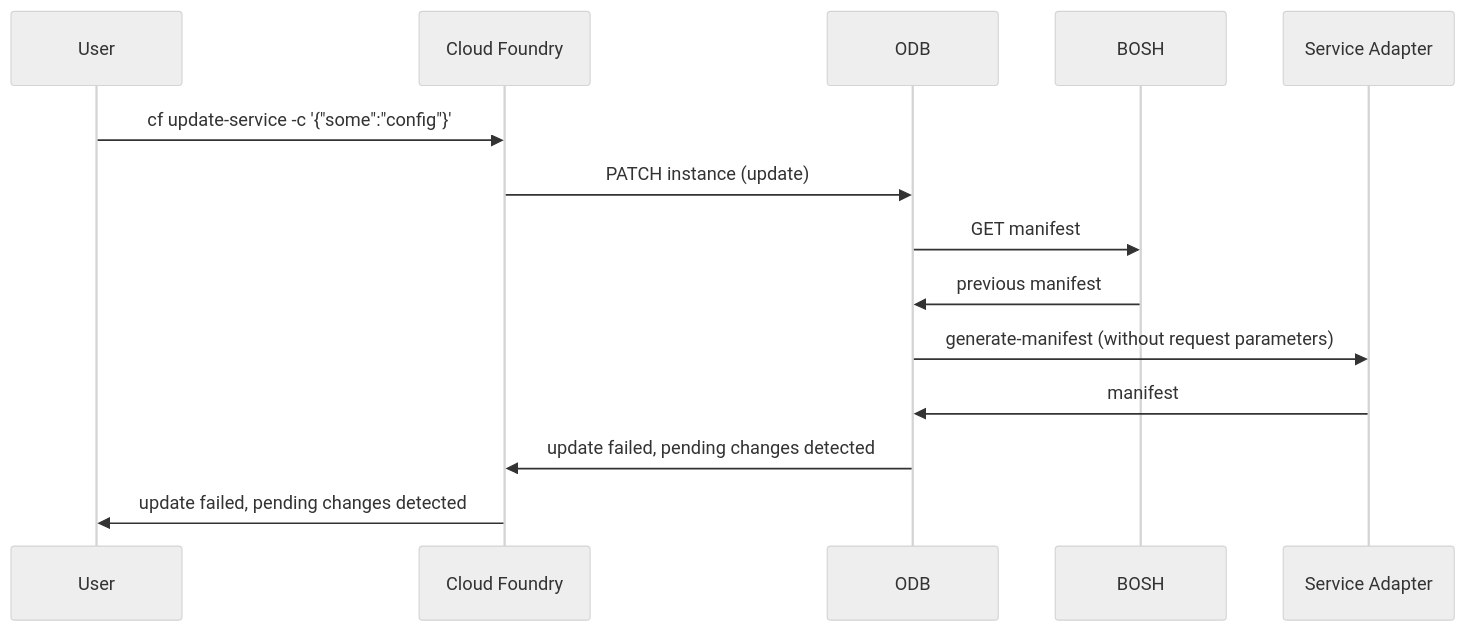
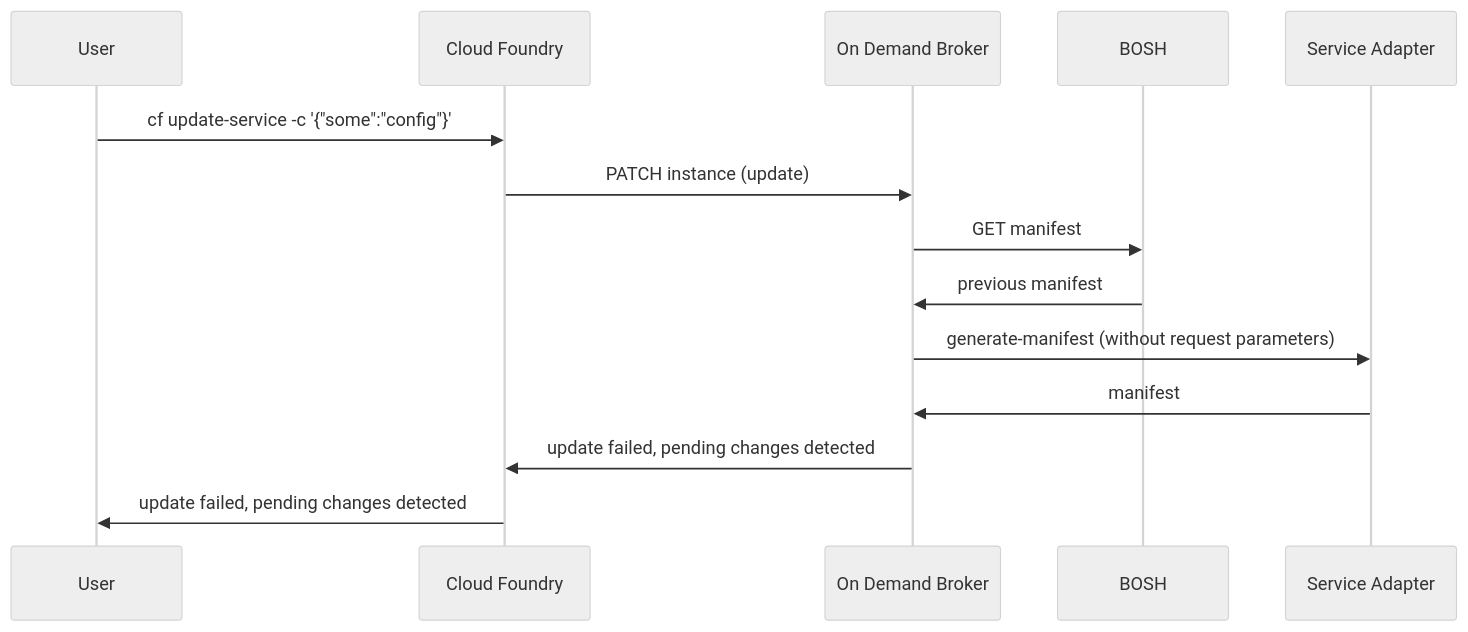
One commit to pivotal-cf/docs-on-demand-service-broker changed the diagram in mmd/update_service_with_pending_changes_workflow.mmd. Above: the diagram before and after it, drawn with Mermaid (neutral theme). The commit also changed 6 other files, not shown here.

```diff
--- a/mmd/update_service_with_pending_changes_workflow.mmd
+++ b/mmd/update_service_with_pending_changes_workflow.mmd
@@ -1,11 +1,11 @@
 <div class="mermaid">
   sequenceDiagram
   User->> Cloud Foundry: cf update-service -c '{"some":"config"}'
-  Cloud Foundry->> ODB: PATCH instance (update)
-  ODB->>BOSH:GET manifest
-  BOSH->>ODB:previous manifest
-  ODB->>Service Adapter: generate-manifest (without request parameters)
-  Service Adapter->>ODB: manifest
-  ODB->>Cloud Foundry: update failed, pending changes detected
+  Cloud Foundry->> On Demand Broker: PATCH instance (update)
+  On Demand Broker->>BOSH:GET manifest
+  BOSH->>On Demand Broker:previous manifest
+  On Demand Broker->>Service Adapter: generate-manifest (without request parameters)
+  Service Adapter->>On Demand Broker: manifest
+  On Demand Broker->>Cloud Foundry: update failed, pending changes detected
   Cloud Foundry->>User: update failed, pending changes detected
 </div>
```
